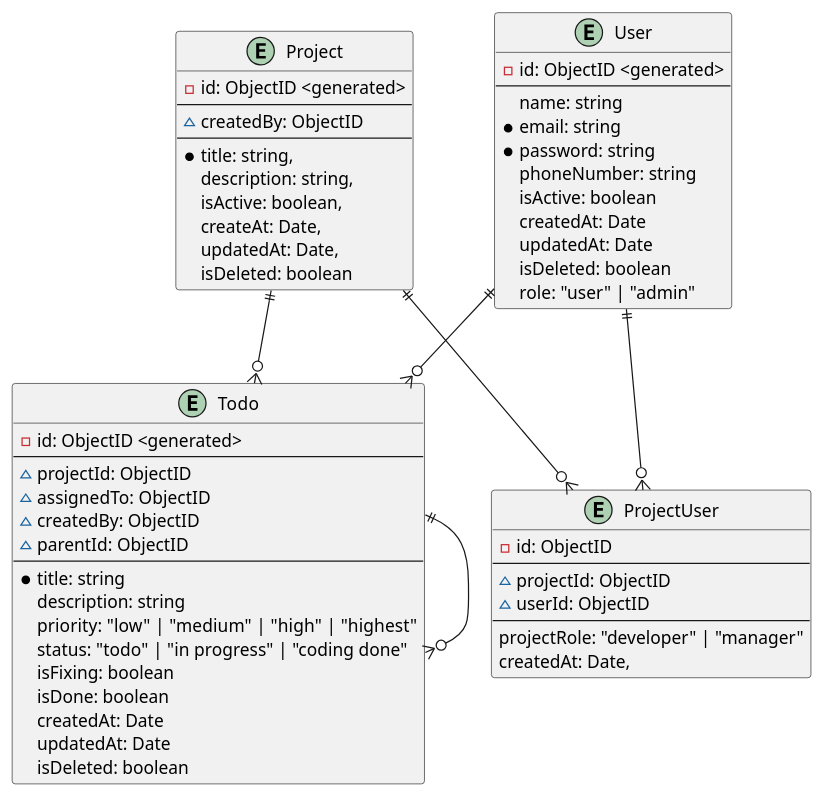
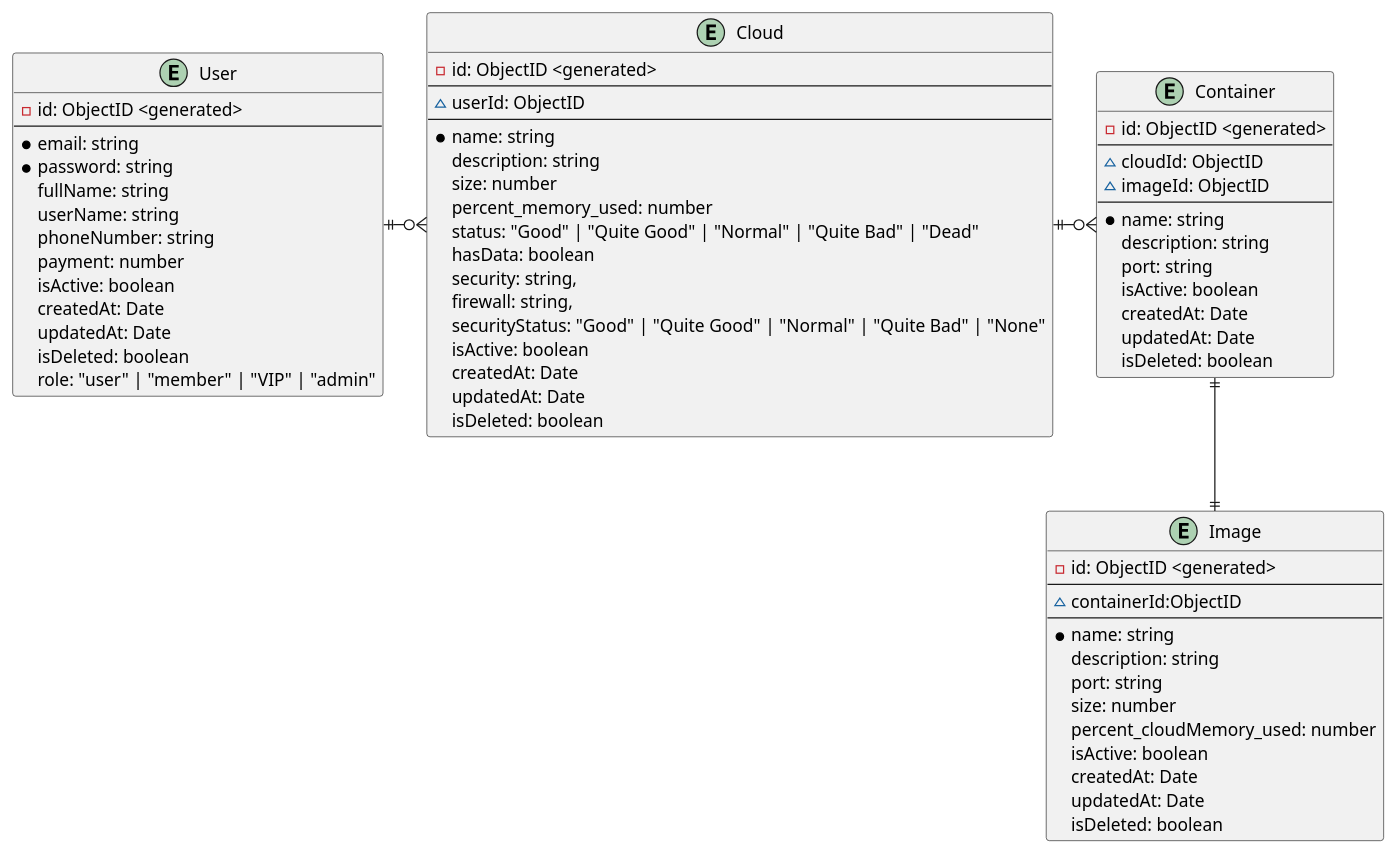
One commit to Tiensp/capstone-project-SET changed the diagram in docs/enityRelationship/ERD.puml. Above: the diagram before and after it, drawn with PlantUML. The commit also changed 1 other file, not shown here.

```diff
--- a/docs/enityRelationship/ERD.puml
+++ b/docs/enityRelationship/ERD.puml
@@ -1,66 +1,79 @@
 @startuml Application use cases diagram
 skinparam actorStyle awesome
 
-entity Todo{
+entity Cloud{
   -id: ObjectID <generated>
   --
-  ~projectId: ObjectID
-  ~assignedTo: ObjectID
-  ~createdBy: ObjectID
-  ~parentId: ObjectID
+  ~userId: ObjectID
   --
-  *title: string
+  *name: string
   description: string
-  priority: "low" |  "medium" | "high" | "highest"
-  status: "todo" | "in progress" | "coding done"
-  isFixing: boolean
-  isDone: boolean
+  size: number
+  percent_memory_used: number
+  status: "Good" | "Quite Good" | "Normal" | "Quite Bad" | "Dead"
+  hasData: boolean
+  security: string,
+  firewall: string,
+  securityStatus: "Good" | "Quite Good" | "Normal" | "Quite Bad" | "None"
+  isActive: boolean
   createdAt: Date
   updatedAt: Date
   isDeleted: boolean
 }
 
-entity Project {
+entity Container{
   -id: ObjectID <generated>
   --
-  ~createdBy: ObjectID
+  ~cloudId: ObjectID
+  ~imageId: ObjectID
   --
-  *title: string,
-  description: string,
-  isActive: boolean,
-  createAt: Date,
-  updatedAt: Date,
+  *name: string
+  description: string
+  port: string
+  isActive: boolean
+  createdAt: Date
+  updatedAt: Date
   isDeleted: boolean
 }
+
+entity Image{
+  -id: ObjectID <generated>
+  --
+  ~containerId:ObjectID
+  --
+  *name: string
+  description: string
+  port: string
+  size: number
+  percent_cloudMemory_used: number
+  isActive: boolean
+  createdAt: Date
+  updatedAt: Date
+  isDeleted: boolean
+}
+
 
 entity User {
   -id: ObjectID <generated>
   --
-  name: string
   *email: string
   *password: string
+  fullName: string
+  userName: string
   phoneNumber: string
+  payment: number
   isActive: boolean
   createdAt: Date
   updatedAt: Date
   isDeleted: boolean
-  role: "user" | "admin"
+  role: "user" | "member" | "VIP" | "admin"
 }
 
-entity ProjectUser {
-  -id: ObjectID
-  --
-  ~projectId: ObjectID
-  ~userId: ObjectID
-  --
-  projectRole: "developer" | "manager"
-  createdAt: Date,
-}
+Cloud ||-o{ Container
+Container ||--|| Image
+User ||-o{ Cloud
 
-Project ||--o{ Todo
-Project ||--o{ ProjectUser
-User ||--o{ ProjectUser
-User ||--o{ Todo
-Todo ||--o{ Todo
+
+
 
 @enduml
```
